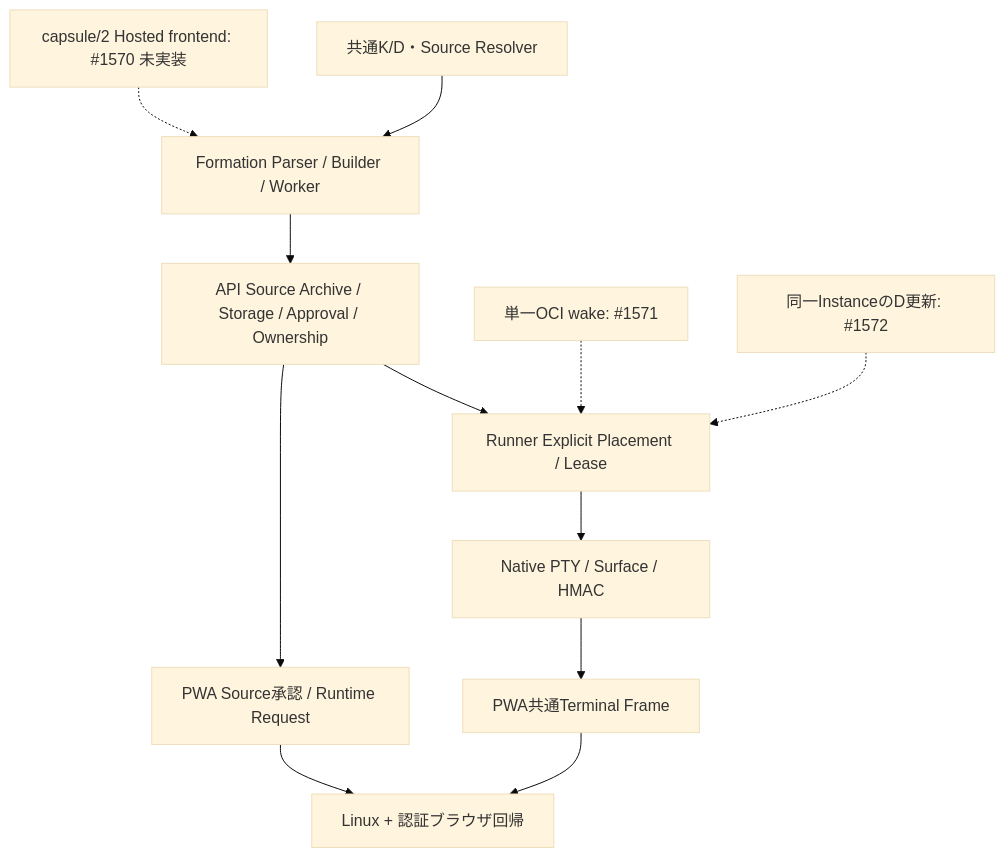
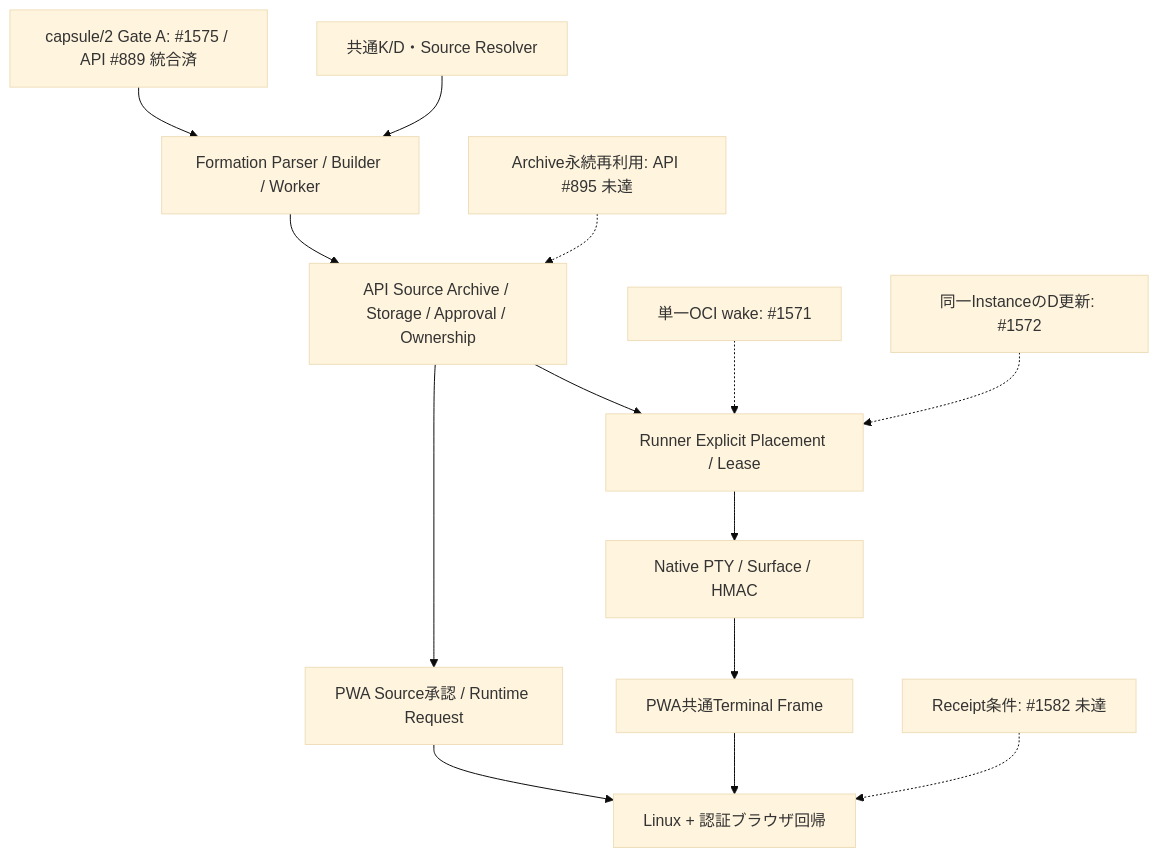
The diagram in docs/ops/dev-consolidation-20261026/PR-INVENTORY.md (ato-run/ato), drawn with Mermaid (base theme) before and after one commit. The commit also changed other lines of this file and 4 other files, not shown here.

````diff
--- a/docs/ops/dev-consolidation-20261026/PR-INVENTORY.md
+++ b/docs/ops/dev-consolidation-20261026/PR-INVENTORY.md
@@ -143,14 +143,16 @@
 ```mermaid
 flowchart TD
   A[共通K/D・Source Resolver] --> B[Formation Parser / Builder / Worker]
   B --> C[API Source Archive / Storage / Approval / Ownership]
   C --> D[Runner Explicit Placement / Lease]
   D --> E[Native PTY / Surface / HMAC]
   E --> F[PWA共通Terminal Frame]
   C --> G[PWA Source承認 / Runtime Request]
   F --> H[Linux + 認証ブラウザ回帰]
   G --> H
-  V2[capsule/2 Hosted frontend: #1570 未実装] -.-> B
+  V2[capsule/2 Gate A: #1575 / API #889 統合済] --> B
+  R[Archive永続再利用: API #895 未達] -.-> C
+  Q[Receipt条件: #1582 未達] -.-> H
   S1[単一OCI wake: #1571] -.-> D
   S2[同一InstanceのD更新: #1572] -.-> D
 ```
````
